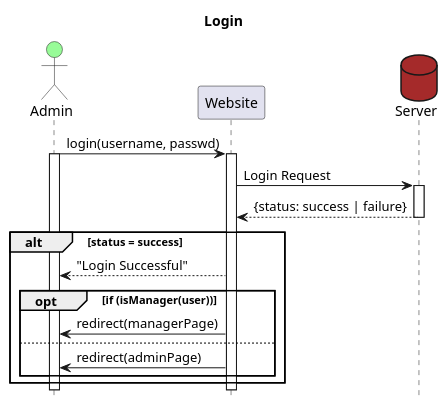
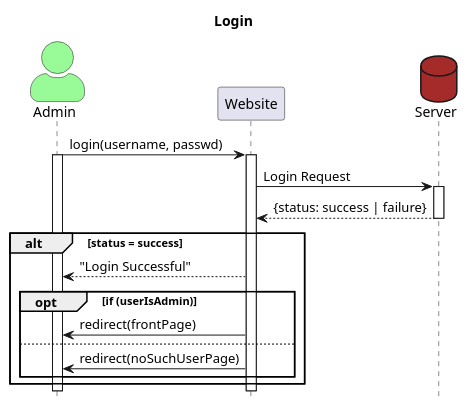
Before and after one commit to felixalbrigtsen/asura-tmdb: the diagram in documentation/sequence_diagrams/sequenceDiagramLogin.puml, drawn with PlantUML. The commit also changed 7 other files, not shown here.

```diff
--- a/documentation/sequence_diagrams/sequenceDiagramLogin.puml
+++ b/documentation/sequence_diagrams/sequenceDiagramLogin.puml
@@ -1,26 +1,28 @@
 @startuml Asura Tournament System
 title Login
+skinparam actorStyle awesome
+
 Actor Admin #palegreen
 participant Website
 database Server #brown
 hide footbox
 
     Admin->Website: login(username, passwd)
 activate Admin
 activate Website
     Website->Server: Login Request
 activate Server
     Server-->Website: {status: success | failure}
 deactivate Server
 alt status = success
     Website-->Admin: "Login Successful"
-opt if (isManager(user))
-    Website->Admin: redirect(managerPage)
+opt if (userIsAdmin)
+    Website->Admin: redirect(frontPage)
     else 
-        Website->Admin: redirect(adminPage)
+        Website->Admin: redirect(noSuchUserPage)
+    end
 end
 
-end
 deactivate Website
 deactivate Admin
 @enduml
```
